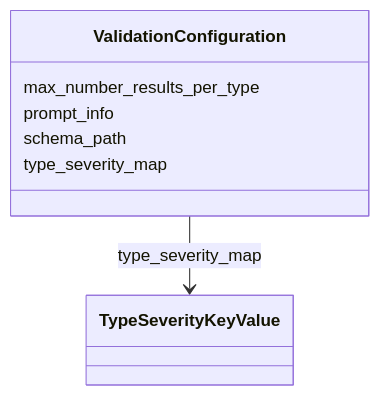
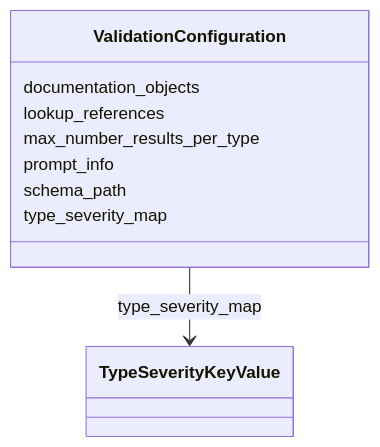
One commit to INCATools/ontology-access-kit changed the diagram in validation/ValidationConfiguration.md. Above: the diagram before and after it, drawn with Mermaid. The commit also changed other lines of this file and 1855 other files, not shown here.

````diff
--- a/validation/ValidationConfiguration.md
+++ b/validation/ValidationConfiguration.md
@@ -15,15 +17,19 @@
 ```{mermaid}
  classDiagram
     class ValidationConfiguration
+      ValidationConfiguration : documentation_objects
+        
+      ValidationConfiguration : lookup_references
+        
       ValidationConfiguration : max_number_results_per_type
         
       ValidationConfiguration : prompt_info
         
       ValidationConfiguration : schema_path
         
       ValidationConfiguration : type_severity_map
         
           ValidationConfiguration --> TypeSeverityKeyValue : type_severity_map
         
       
 ```
````
